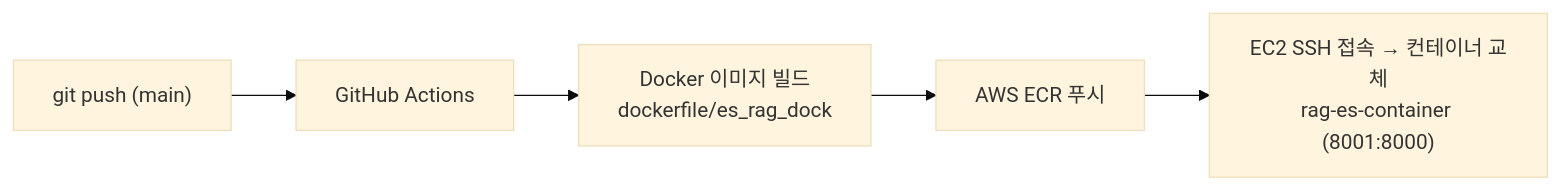
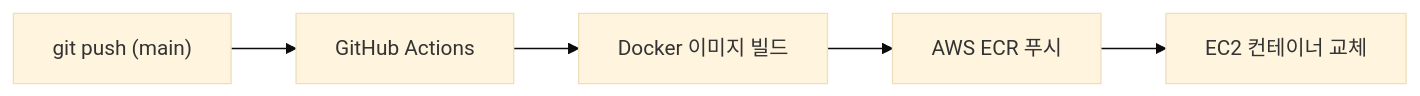
One commit to ev1025/HY_LLM_Chain changed the fourth of 4 diagrams in README.md. Above: the diagram before and after it, drawn with Mermaid (base theme). The commit also changed other lines of this file, not shown here.

````diff
--- a/README.md
+++ b/README.md
@@ -122,7 +189,7 @@
 ```mermaid
 flowchart LR
     A["git push (main)"] --> B["GitHub Actions"]
-    B --> C["Docker 이미지 빌드<br/>dockerfile/es_rag_dock"]
+    B --> C["Docker 이미지 빌드"]
     C --> D["AWS ECR 푸시"]
-    D --> E["EC2 SSH 접속 → 컨테이너 교체<br/>rag-es-container (8001:8000)"]
+    D --> E["EC2 컨테이너 교체"]
 ```
````
